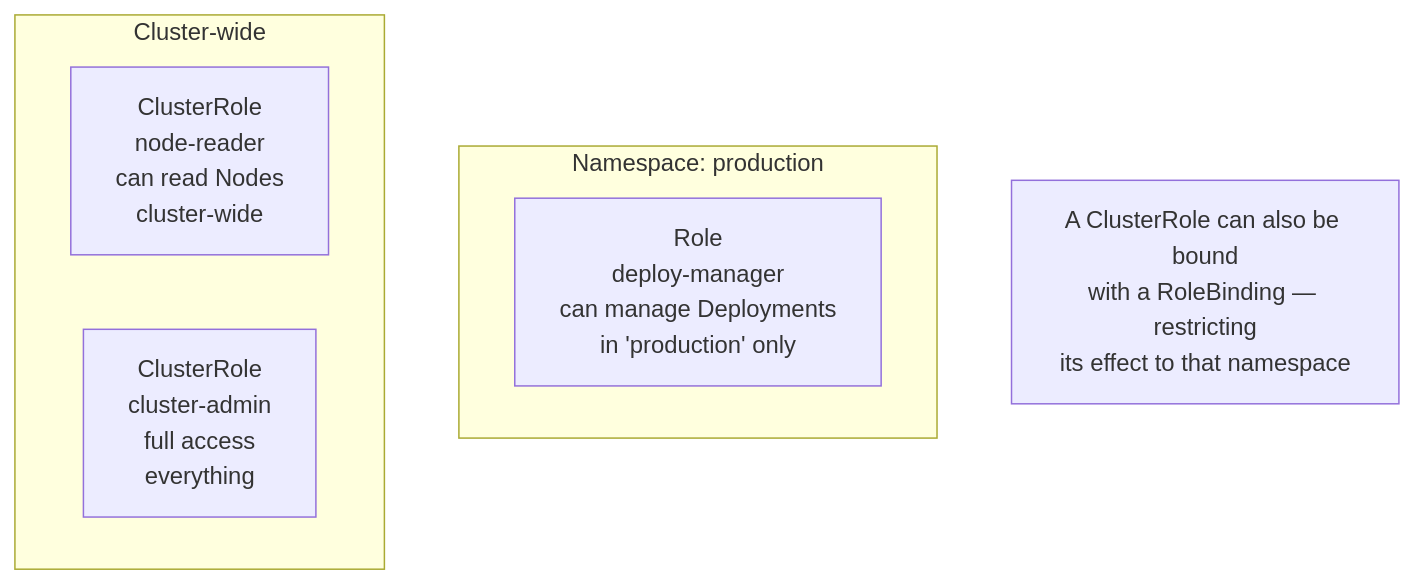
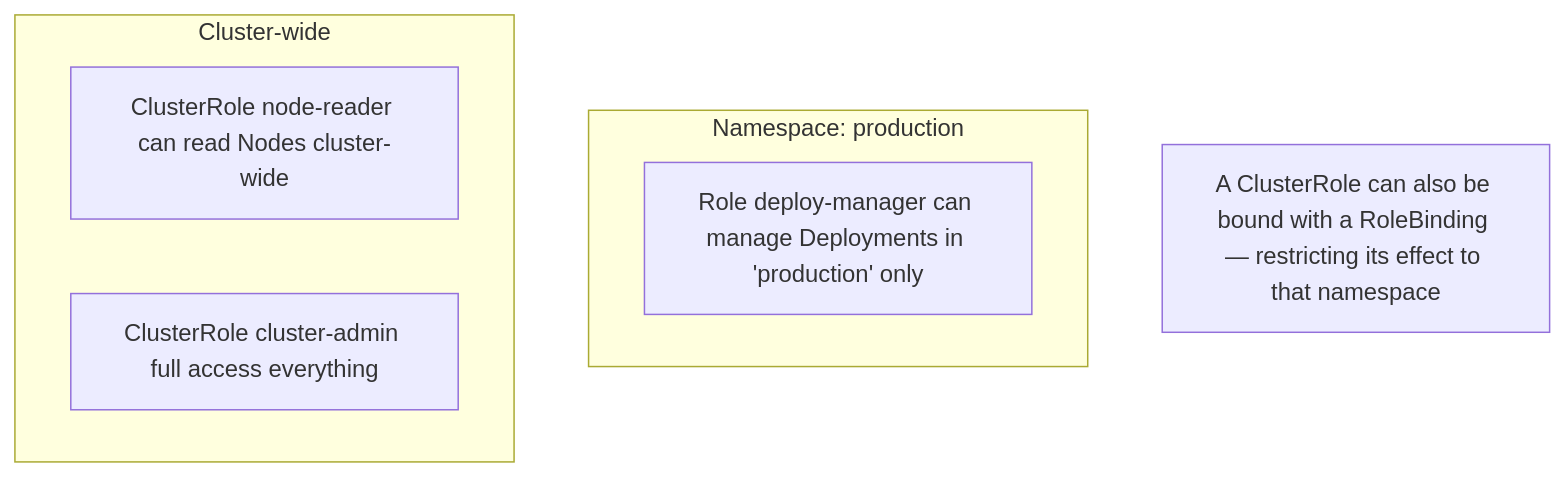
Before and after one commit to UncleJS/course_k3s: the second of 5 diagrams in 09_security/01_rbac.md, drawn with Mermaid. The commit also changed other lines of this file and 57 other files, not shown here.

````diff
--- a/09_security/01_rbac.md
+++ b/09_security/01_rbac.md
@@ -115,13 +115,13 @@
 ```mermaid
 graph TD
     subgraph "Namespace: production"
-        R[Role\ndeploy-manager\ncan manage Deployments\nin 'production' only]
+        R[Role deploy-manager can manage Deployments in 'production' only]
     end
 
     subgraph "Cluster-wide"
-        CR1[ClusterRole\nnode-reader\ncan read Nodes\ncluster-wide]
-        CR2[ClusterRole\ncluster-admin\nfull access\neverything]
+        CR1[ClusterRole node-reader can read Nodes cluster-wide]
+        CR2[ClusterRole cluster-admin full access everything]
     end
 
-    note1["A ClusterRole can also be bound\nwith a RoleBinding — restricting\nits effect to that namespace"]
+    note1["A ClusterRole can also be bound with a RoleBinding — restricting its effect to that namespace"]
 ```
````
